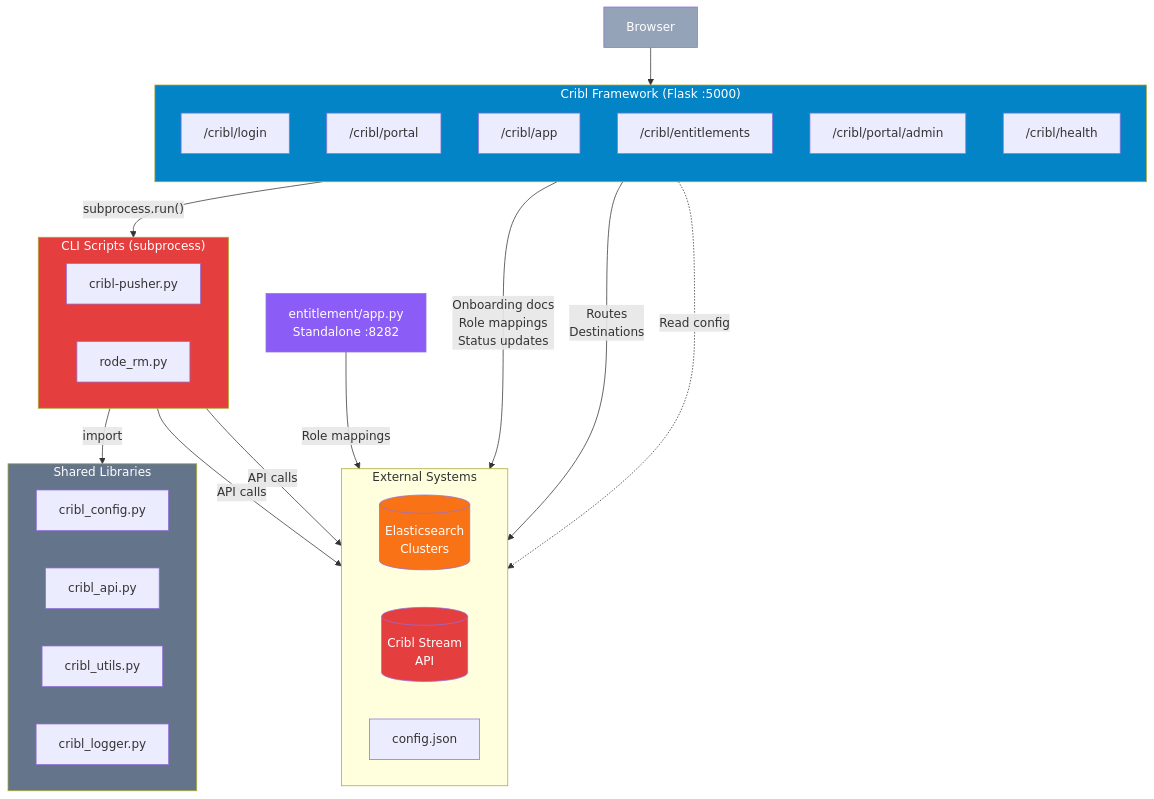
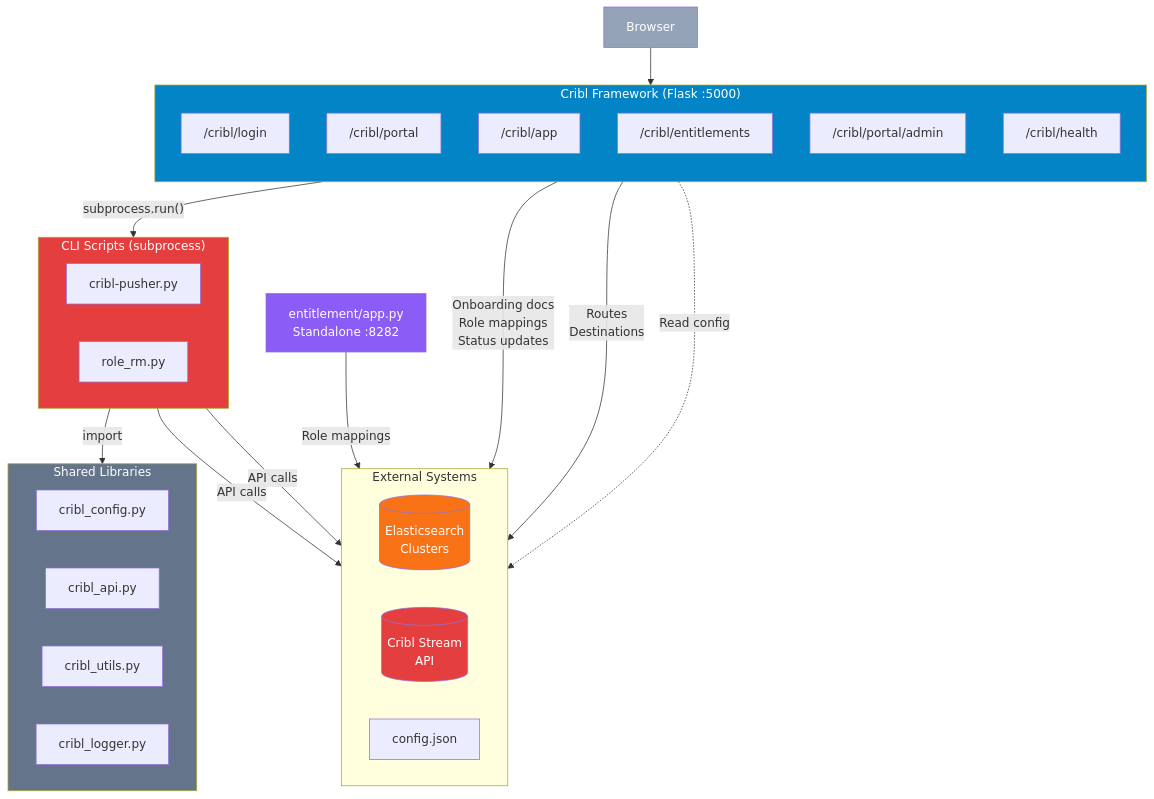
The eighth of 10 diagrams in flowchart-python.md (ambalbek/crud_cribl-elk), drawn with Mermaid before and after one commit. The commit also changed other lines of this file and 15 other files, not shown here.

Commit message:
updated flow

````diff
--- a/flowchart-python.md
+++ b/flowchart-python.md
@@ -266,57 +266,57 @@
 ```mermaid
 flowchart TD
     BROWSER["Browser"]
 
     subgraph FRAMEWORK["Cribl Framework (Flask :5000)"]
         direction TB
         LOGIN["/cribl/login"]
         PORTAL["/cribl/portal"]
         PUSHER_UI["/cribl/app"]
         ENTITLE["/cribl/entitlements"]
         ADMIN_UI["/cribl/portal/admin"]
         HEALTH["/cribl/health"]
     end
 
     BROWSER --> FRAMEWORK
 
     subgraph EXTERNAL["External Systems"]
         direction LR
         ES[("Elasticsearch<br>Clusters")]
         CRIBL[("Cribl Stream<br>API")]
         CFG["config.json"]
     end
 
     FRAMEWORK -- "Onboarding docs<br>Role mappings<br>Status updates" --> ES
     FRAMEWORK -- "Routes<br>Destinations" --> CRIBL
     FRAMEWORK -. "Read config" .-> CFG
 
     subgraph SCRIPTS["CLI Scripts (subprocess)"]
         direction LR
         CP["cribl-pusher.py"]
-        RM["rode_rm.py"]
+        RM["role_rm.py"]
     end
 
     FRAMEWORK -- "subprocess.run()" --> SCRIPTS
     SCRIPTS -- "API calls" --> ES
     SCRIPTS -- "API calls" --> CRIBL
 
     subgraph LIBS["Shared Libraries"]
         direction LR
         L1["cribl_config.py"]
         L2["cribl_api.py"]
         L3["cribl_utils.py"]
         L4["cribl_logger.py"]
     end
 
     SCRIPTS -- "import" --> LIBS
 
     STANDALONE["entitlement/app.py<br>Standalone :8282"] -- "Role mappings" --> ES
 
     style BROWSER fill:#94a3b8,color:#fff
     style FRAMEWORK fill:#0284c7,color:#fff
     style SCRIPTS fill:#e53e3e,color:#fff
     style LIBS fill:#64748b,color:#fff
     style STANDALONE fill:#8b5cf6,color:#fff
     style ES fill:#f97316,color:#fff
     style CRIBL fill:#e53e3e,color:#fff
 ```
````
